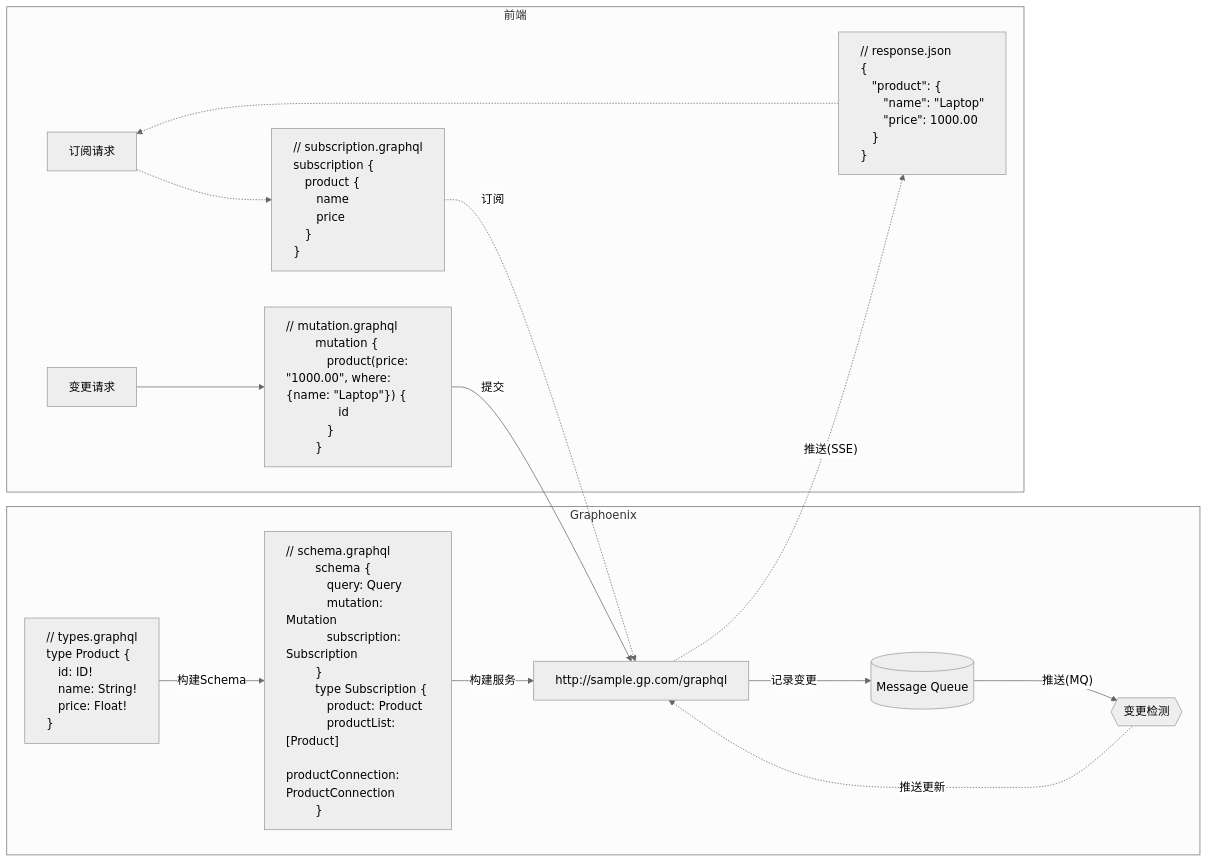
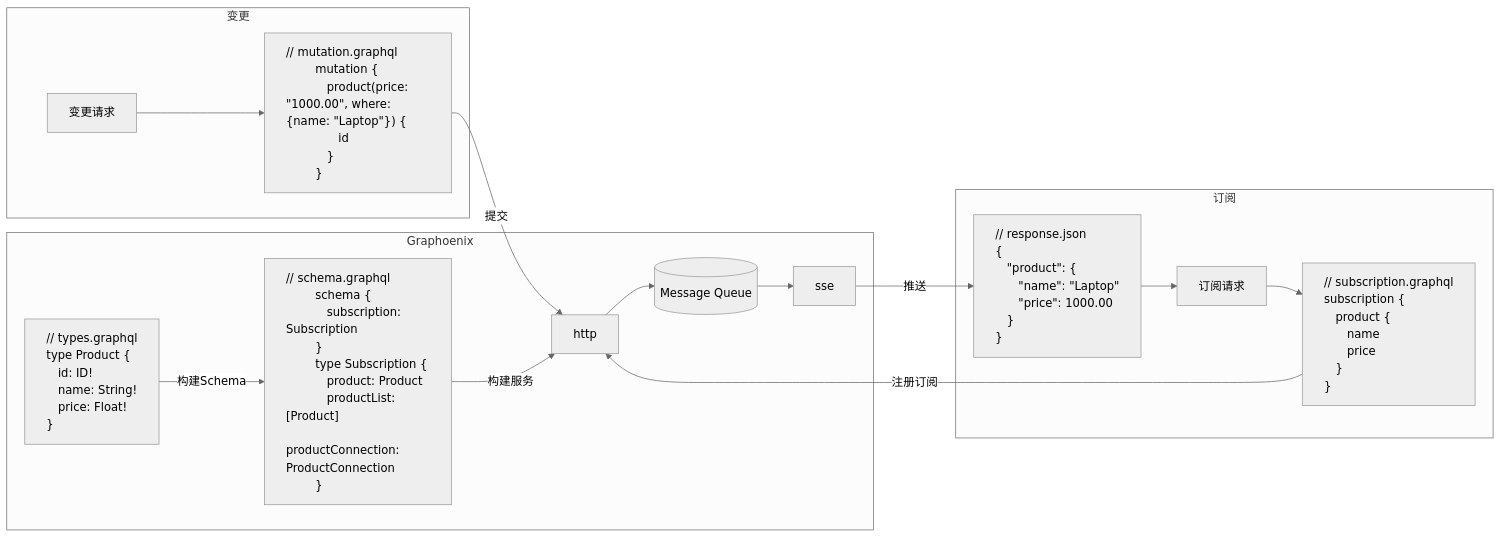
Diagram 13 of 14 in docs/intro.md (doukai/gp-doc.github.io), drawn with Mermaid (neutral theme) before and after one commit. The commit also changed other lines of this file, not shown here.

````diff
--- a/docs/intro.md
+++ b/docs/intro.md
@@ -489,59 +495,58 @@
 ```mermaid
 flowchart LR
-    request1 -.-> subscription -. 订阅 .-> http
-    http -. 推送(SSE) .-> response .-> request1
-    request2 --> mutation -- 提交 --> http
+    subgraph 变更
+        request2[变更请求]
+        mutation["// mutation.graphql
+        mutation {
+        &emsp;product(price: &quot;1000.00&quot;, where: {name: &quot;Laptop&quot}) {
+        &emsp;&emsp;id
+        &emsp;}
+        }"]
+        request2 --> mutation
+    end
+    mutation -- 提交 --> http
     subgraph Graphoenix
         mq[(Message Queue)]
-        schema["// types.graphql
+        types["// types.graphql
         type Product {
         &emsp;id: ID!
         &emsp;name: String!
         &emsp;price: Float!
         }"]
-        graphql["// schema.graphql
+        schema["// schema.graphql
         schema {
-        &emsp;query: Query
-        &emsp;mutation: Mutation
         &emsp;subscription: Subscription
         }
         type Subscription {
         &emsp;product: Product
         &emsp;productList: [Product]
         &emsp;productConnection: ProductConnection
         }"]
-        http["http://sample.gp.com/graphql"]
-        schema -- 构建Schema --> graphql -- 构建服务 --> http
-        http -- 记录变更 --> mq
-        mq -- 推送(MQ) --> merge{{变更检测}} -. 推送更新 .-> http
+        types -- 构建Schema --> schema -- 构建服务 --> http --> mq --> sse
     end
-    subgraph 前端
+    sse -- 推送 --> response
+    subgraph 订阅
         request1[订阅请求]
-        request2[变更请求]
-        mutation["// mutation.graphql
-        mutation {
-        &emsp;product(price: &quot;1000.00&quot;, where: {name: &quot;Laptop&quot}) {
-        &emsp;&emsp;id
-        &emsp;}
-        }"]
         subscription["// subscription.graphql
         subscription {
         &emsp;product {
         &emsp;&emsp;name
         &emsp;&emsp;price
         &emsp;}
         }"]
         response["// response.json
         {
         &emsp;&quot;product&quot;: {
         &emsp;&emsp;&quot;name&quot;: &quot;Laptop&quot;
         &emsp;&emsp;&quot;price&quot;: 1000.00
         &emsp;}
         }"]
+        response --> request1 --> subscription
     end
+    subscription -- 注册订阅 --> http
+    style types text-align:left
     style schema text-align:left
-    style graphql text-align:left
     style subscription text-align:left
     style mutation text-align:left
     style response text-align:left
 ```
````
